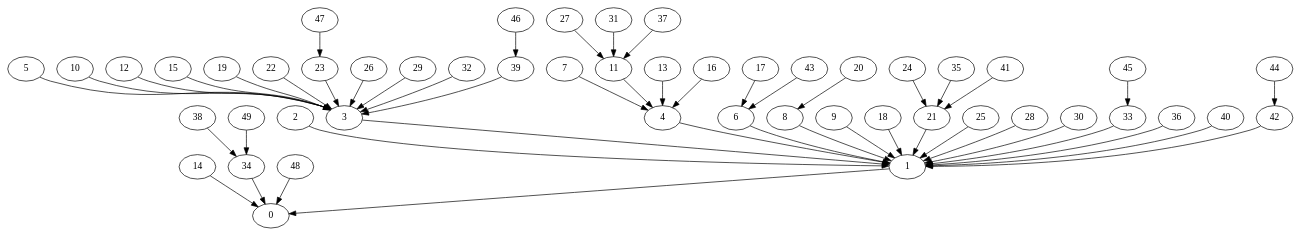
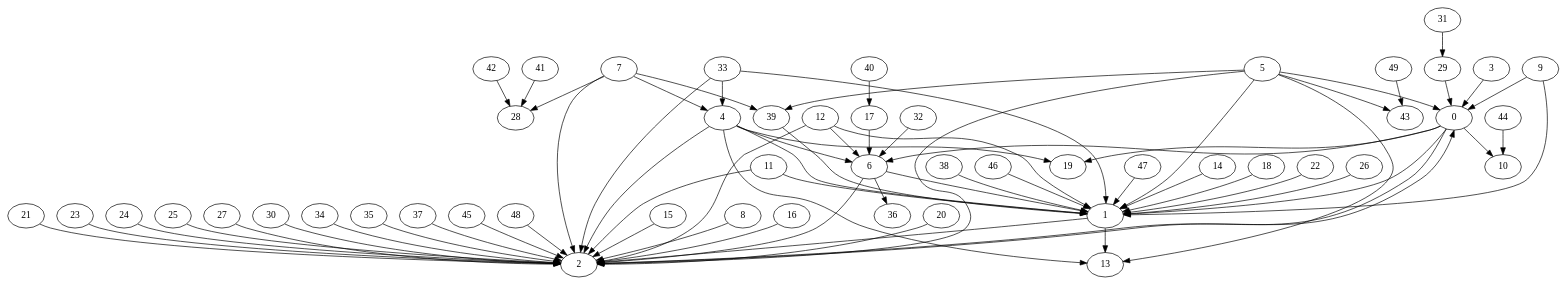
Before and after one commit to HennyJie/CS570-DataMining: the diagram in hw4/dot_file/graph5.dot, drawn with Graphviz. The commit also changed 9 other files, not shown here.

Commit message:
generated graphs

```diff
--- a/hw4/dot_file/graph5.dot
+++ b/hw4/dot_file/graph5.dot
@@ -1,51 +1,71 @@
-strict digraph "" {
-	1 -> 0;
-	2 -> 1;
-	3 -> 1;
-	4 -> 1;
-	5 -> 3;
-	6 -> 1;
-	7 -> 4;
-	8 -> 1;
-	9 -> 1;
-	10 -> 3;
-	11 -> 4;
-	12 -> 3;
-	13 -> 4;
-	14 -> 0;
-	15 -> 3;
-	16 -> 4;
-	17 -> 6;
-	18 -> 1;
-	19 -> 3;
-	20 -> 8;
-	21 -> 1;
-	22 -> 3;
-	23 -> 3;
-	24 -> 21;
-	25 -> 1;
-	26 -> 3;
-	27 -> 11;
-	28 -> 1;
-	29 -> 3;
-	30 -> 1;
-	31 -> 11;
-	32 -> 3;
-	33 -> 1;
-	34 -> 0;
-	35 -> 21;
-	36 -> 1;
-	37 -> 11;
-	38 -> 34;
-	39 -> 3;
-	40 -> 1;
-	41 -> 21;
-	42 -> 1;
-	43 -> 6;
-	44 -> 42;
-	45 -> 33;
-	46 -> 39;
-	47 -> 23;
-	48 -> 0;
-	49 -> 34;
+digraph {
+0 -> 1 
+0 -> 2 
+0 -> 6 
+0 -> 10 
+0 -> 19 
+1 -> 2 
+1 -> 13 
+2 -> 0 
+3 -> 0 
+4 -> 1 
+4 -> 2 
+4 -> 6 
+4 -> 13 
+4 -> 19 
+5 -> 0 
+5 -> 1 
+5 -> 2 
+5 -> 13 
+5 -> 39 
+5 -> 43 
+6 -> 1 
+6 -> 2 
+6 -> 36 
+7 -> 2 
+7 -> 4 
+7 -> 28 
+7 -> 39 
+8 -> 2 
+9 -> 0 
+9 -> 1 
+11 -> 1 
+11 -> 2 
+12 -> 1 
+12 -> 2 
+12 -> 6 
+14 -> 1 
+15 -> 2 
+16 -> 2 
+17 -> 6 
+18 -> 1 
+20 -> 2 
+21 -> 2 
+22 -> 1 
+23 -> 2 
+24 -> 2 
+25 -> 2 
+26 -> 1 
+27 -> 2 
+29 -> 0 
+30 -> 2 
+31 -> 29 
+32 -> 6 
+33 -> 1 
+33 -> 2 
+33 -> 4 
+34 -> 2 
+35 -> 2 
+37 -> 2 
+38 -> 1 
+39 -> 1 
+40 -> 17 
+41 -> 28 
+42 -> 28 
+44 -> 10 
+45 -> 2 
+46 -> 1 
+47 -> 1 
+48 -> 2 
+49 -> 43 
 }
```
